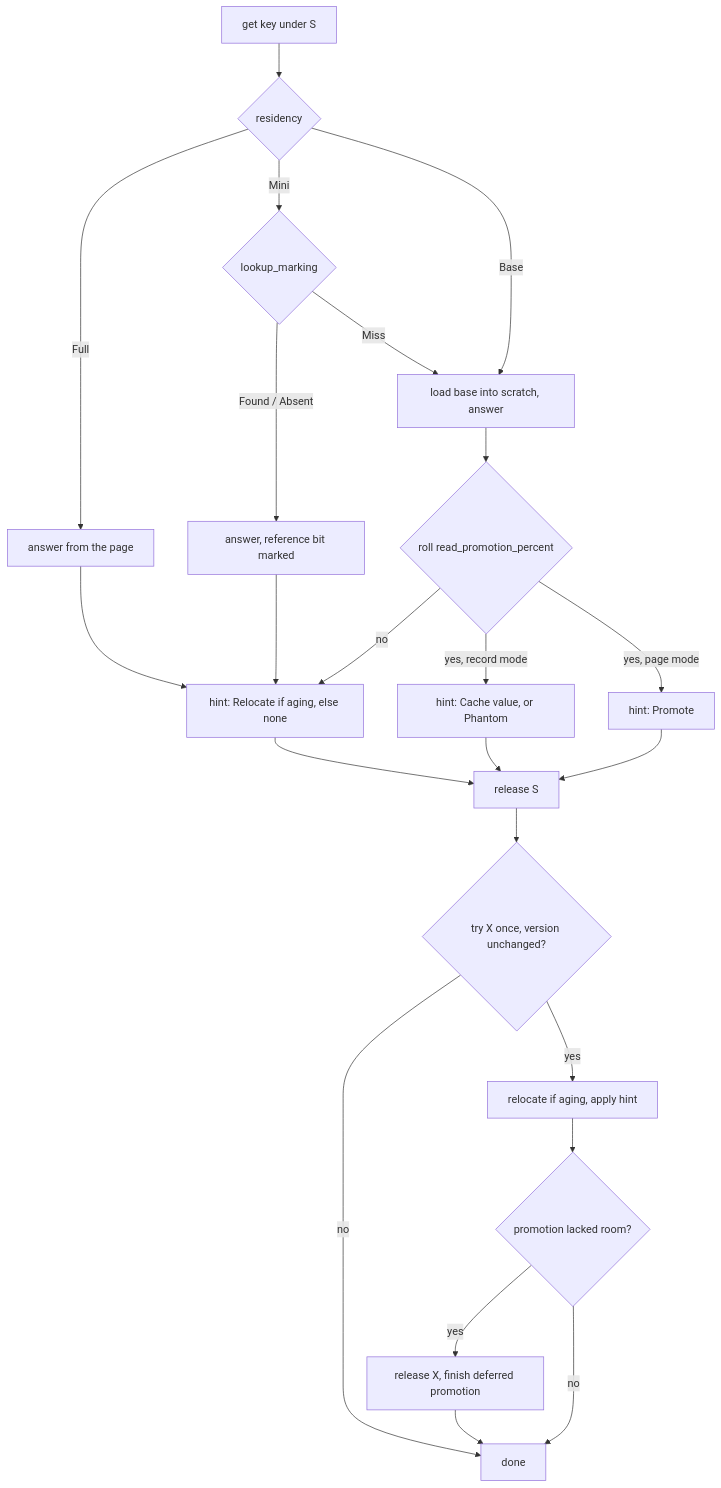
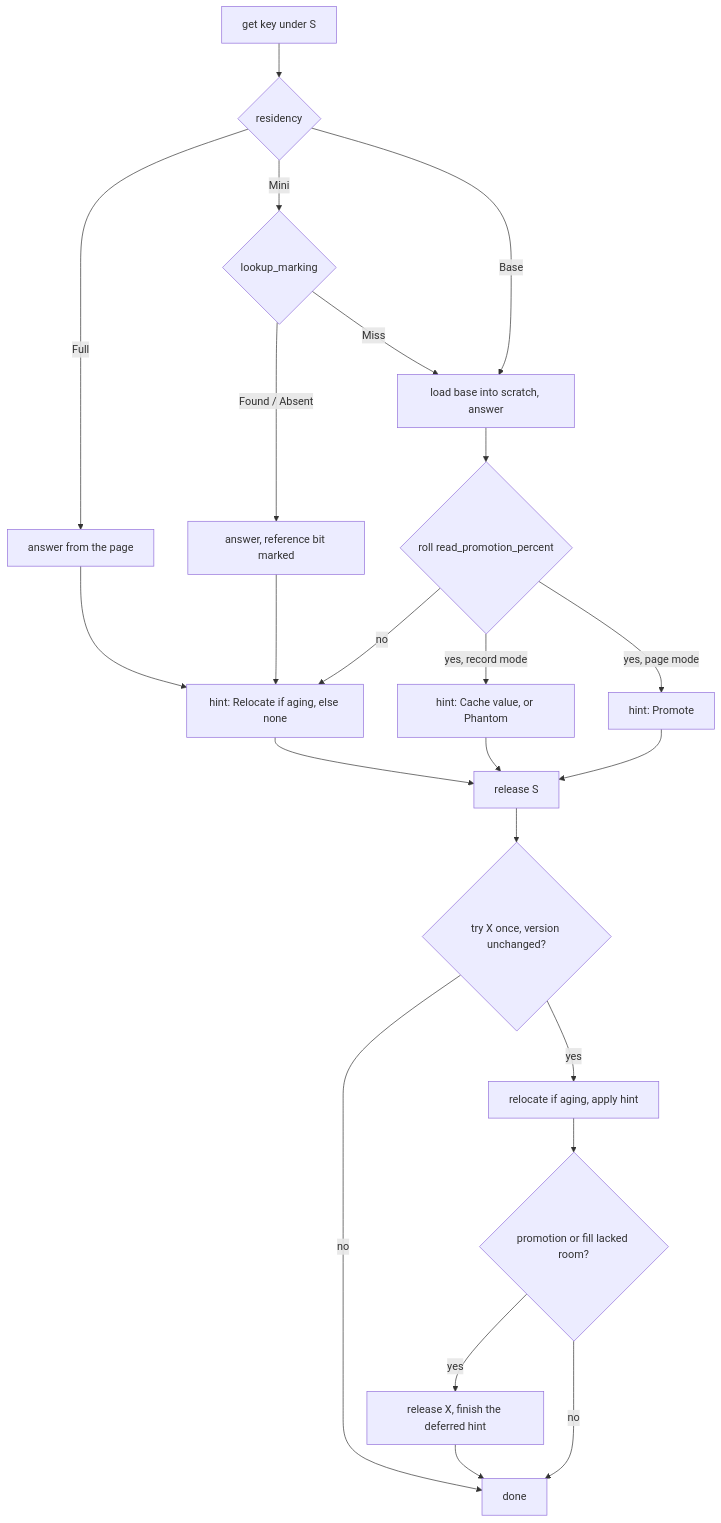
One commit to raydatray/peppydb changed the second of 2 diagrams in docs/plans/0015-bf-tree-caching.md. Above: the diagram before and after it, drawn with Mermaid. The commit also changed other lines of this file, not shown here.

````diff
--- a/docs/plans/0015-bf-tree-caching.md
+++ b/docs/plans/0015-bf-tree-caching.md
@@ -168,25 +168,25 @@
 ```mermaid
 flowchart TD
     G[get key under S] --> R{residency}
     R -->|Full| F[answer from the page]
     R -->|Mini| M{lookup_marking}
     M -->|Found / Absent| H[answer, reference bit marked]
     M -->|Miss| B[load base into scratch, answer]
     R -->|Base| B
     B --> P{roll read_promotion_percent}
     P -->|no| A[hint: Relocate if aging, else none]
     P -->|yes, record mode| C[hint: Cache value, or Phantom]
     P -->|yes, page mode| X[hint: Promote]
     F --> A
     H --> A
     A --> U[release S]
     C --> U
     X --> U
     U --> T{try X once, version unchanged?}
     T -->|no| D[done]
     T -->|yes| Y[relocate if aging, apply hint]
-    Y --> Z{promotion lacked room?}
-    Z -->|yes| Q[release X, finish deferred promotion]
+    Y --> Z{promotion or fill lacked room?}
+    Z -->|yes| Q[release X, finish the deferred hint]
     Z -->|no| D
     Q --> D
 ```
````
